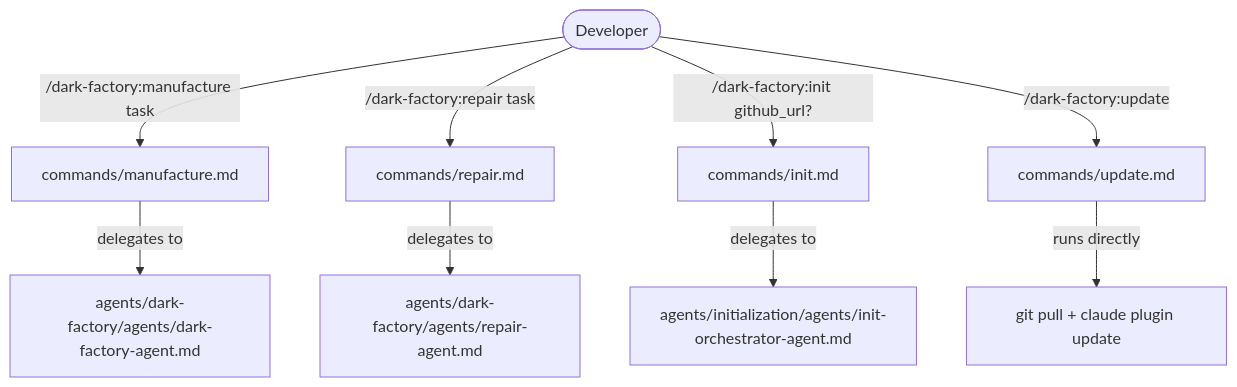
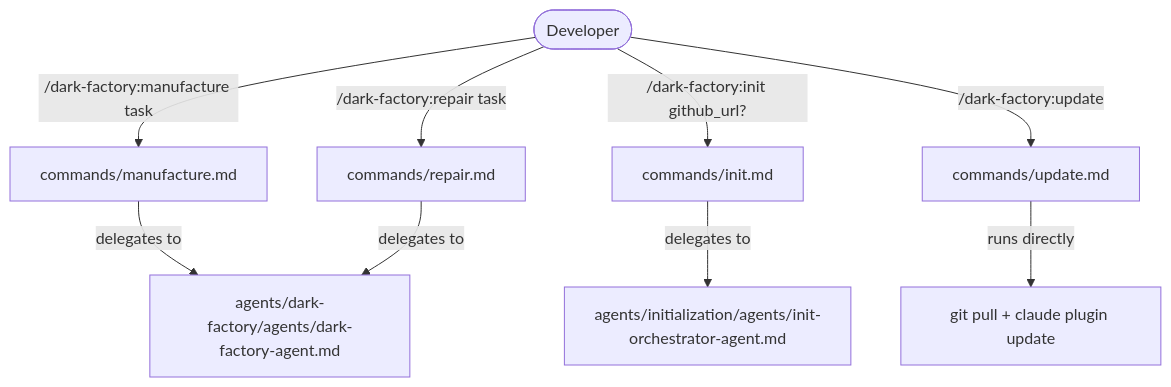
The diagram in docs/docs/commands.md (lewibs/dark-factory), drawn with Mermaid before and after one commit. The commit also changed other lines of this file and 10 other files, not shown here.

First line of the commit message:
refactor(dark-factory-agent): remove repair-agent pass-through, route directly to repair-implementation-agent

````diff
--- a/docs/docs/commands.md
+++ b/docs/docs/commands.md
@@ -18,12 +18,12 @@
 ```mermaid
 flowchart TD
   Dev([Developer]) -->|/dark-factory:manufacture task| CMD_M[commands/manufacture.md]
   Dev -->|/dark-factory:repair task| CMD_R[commands/repair.md]
   Dev -->|/dark-factory:init github_url?| CMD_I[commands/init.md]
   Dev -->|/dark-factory:update| CMD_U[commands/update.md]
 
   CMD_M -->|delegates to| DFA[agents/dark-factory/agents/dark-factory-agent.md]
-  CMD_R -->|delegates to| RA[agents/dark-factory/agents/repair-agent.md]
+  CMD_R -->|delegates to| DFA
   CMD_I -->|delegates to| IOA[agents/initialization/agents/init-orchestrator-agent.md]
   CMD_U -->|runs directly| GIT[git pull + claude plugin update]
 ```
````
